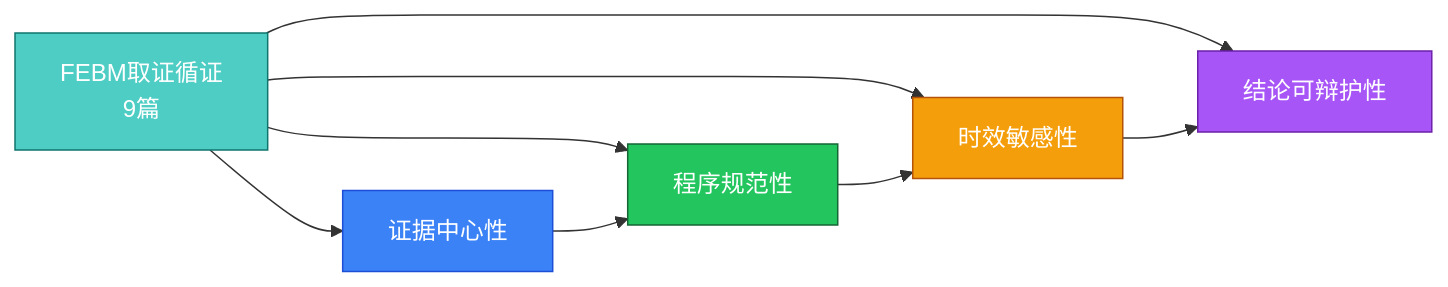
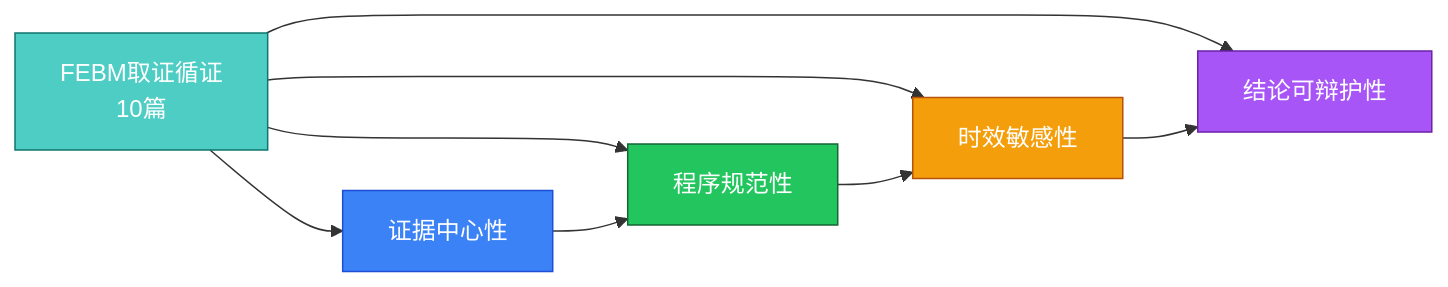
Before and after one commit to kudig-io/kudig-database: the sixth of 7 diagrams in README.md, drawn with Mermaid. The commit also changed other lines of this file and 65 other files, not shown here.

````diff
--- a/README.md
+++ b/README.md
@@ -526,15 +613,15 @@
 ```mermaid
 flowchart LR
-    A[FEBM取证循证<br/>9篇] --> B[证据中心性]
+    A[FEBM取证循证<br/>10篇] --> B[证据中心性]
     A --> C[程序规范性]
     A --> D[时效敏感性]
     A --> E[结论可辩护性]
     
     B --> C --> D --> E
     
     style A fill:#4ecdc4,stroke:#0f766e,color:#fff
     style B fill:#3b82f6,stroke:#1d4ed8,color:#fff
     style C fill:#22c55e,stroke:#166534,color:#fff
     style D fill:#f59e0b,stroke:#b45309,color:#fff
     style E fill:#a855f7,stroke:#6b21a8,color:#fff
 ```
````
